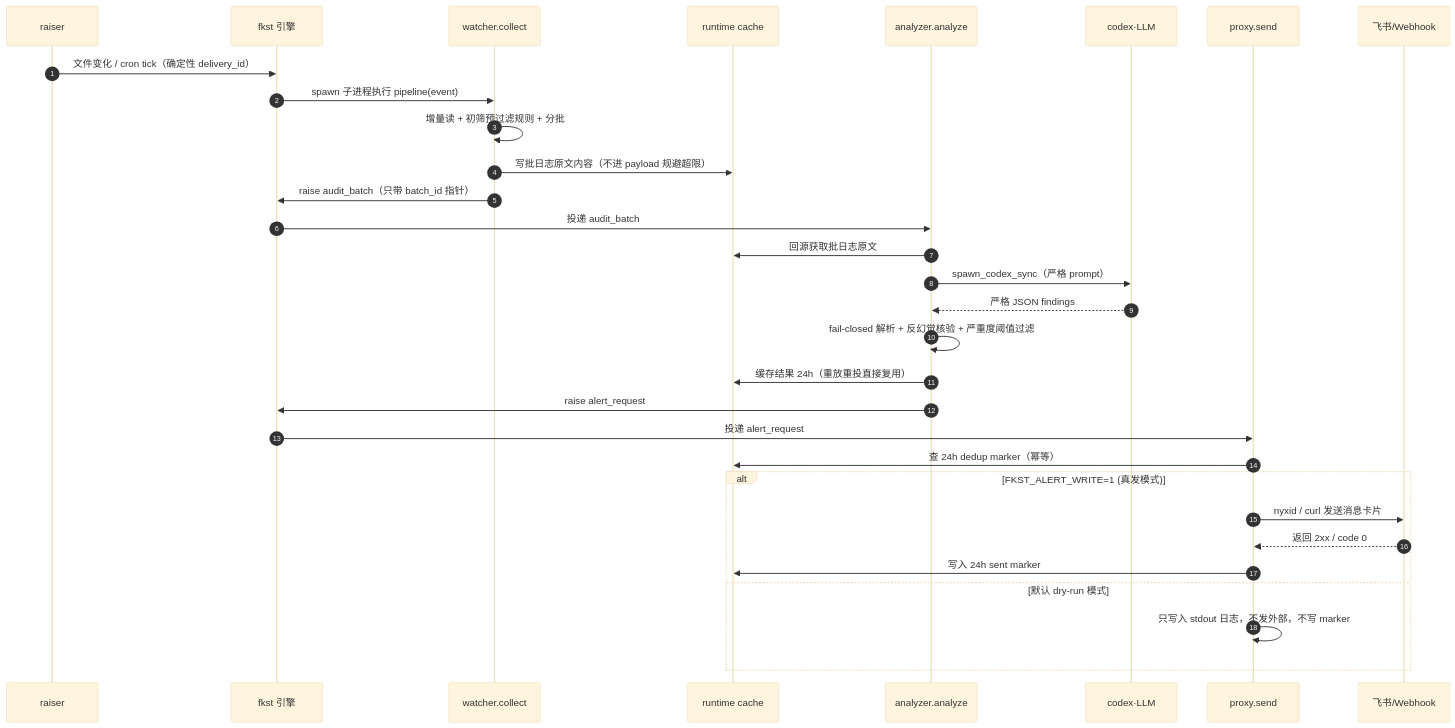
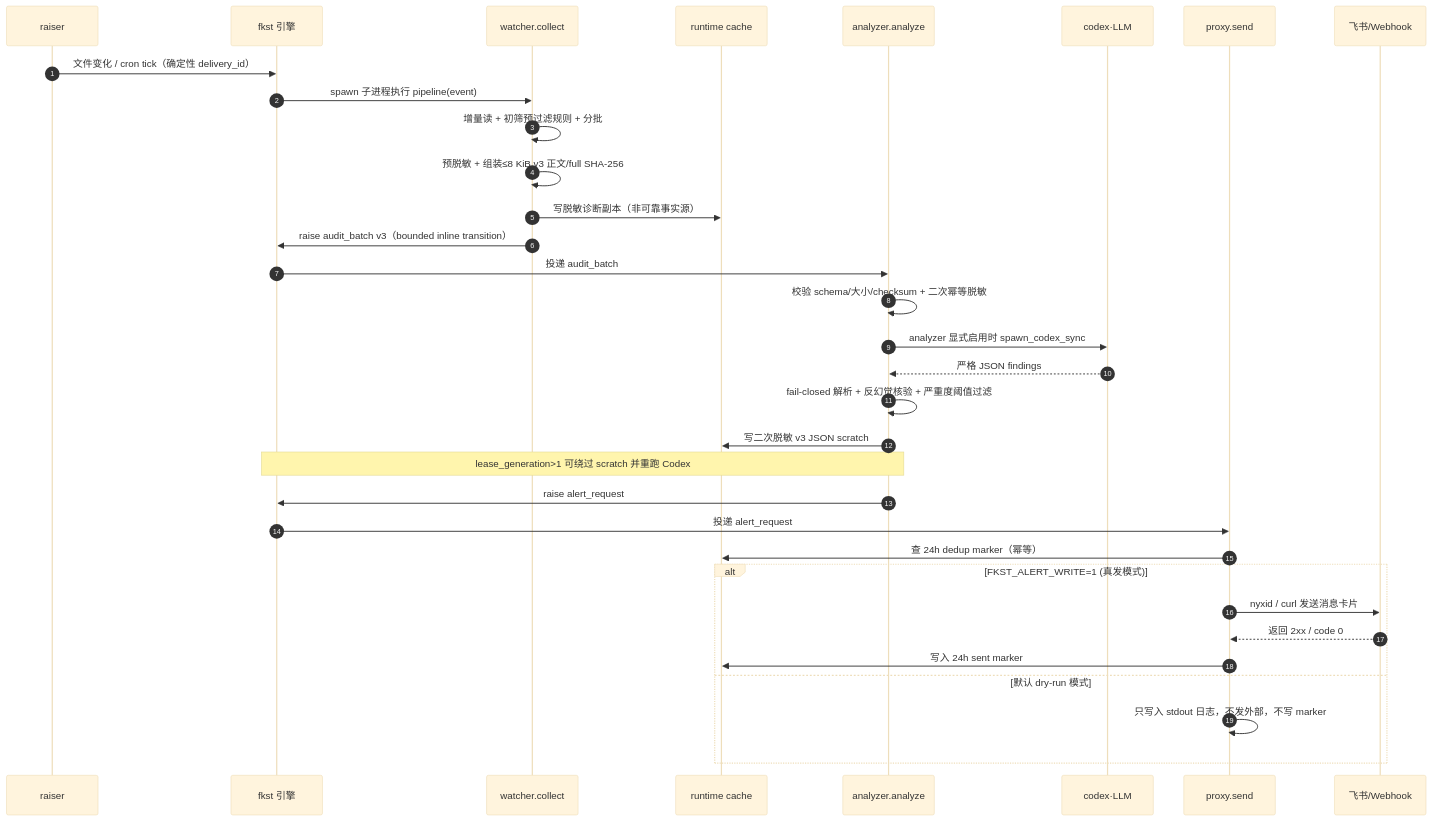
Before and after one commit to eanz17/fkst-audit-log: the fourth of 4 diagrams in 设计文档.md, drawn with Mermaid (base theme). The commit also changed other lines of this file and 64 other files, not shown here.

````diff
--- a/设计文档.md
+++ b/设计文档.md
@@ -401,33 +408,35 @@
 ```mermaid
 sequenceDiagram
   autonumber
   participant R as raiser
   participant E as fkst 引擎
   participant W as watcher.collect
   participant C as runtime cache
   participant N as analyzer.analyze
   participant X as codex·LLM
   participant P as proxy.send
   participant K as 飞书/Webhook
   R->>E: 文件变化 / cron tick（确定性 delivery_id）
   E->>W: spawn 子进程执行 pipeline(event)
   W->>W: 增量读 + 初筛预过滤规则 + 分批
-  W->>C: 写批日志原文内容（不进 payload 规避超限）
-  W->>E: raise audit_batch（只带 batch_id 指针）
+  W->>W: 预脱敏 + 组装≤8 KiB v3 正文/full SHA-256
+  W->>C: 写脱敏诊断副本（非可靠事实源）
+  W->>E: raise audit_batch v3（bounded inline transition）
   E->>N: 投递 audit_batch
-  N->>C: 回源获取批日志原文
-  N->>X: spawn_codex_sync（严格 prompt）
+  N->>N: 校验 schema/大小/checksum + 二次幂等脱敏
+  N->>X: analyzer 显式启用时 spawn_codex_sync
   X-->>N: 严格 JSON findings
   N->>N: fail-closed 解析 + 反幻觉核验 + 严重度阈值过滤
-  N->>C: 缓存结果 24h（重放重投直接复用）
+  N->>C: 写二次脱敏 v3 JSON scratch
+  Note over E,N: lease_generation>1 可绕过 scratch 并重跑 Codex
   N->>E: raise alert_request
   E->>P: 投递 alert_request
   P->>C: 查 24h dedup marker（幂等）
   alt FKST_ALERT_WRITE=1 (真发模式)
     P->>K: nyxid / curl 发送消息卡片
     K-->>P: 返回 2xx / code 0
     P->>C: 写入 24h sent marker
   else 默认 dry-run 模式
     P->>P: 只写入 stdout 日志，不发外部，不写 marker
   end
 ```
````
